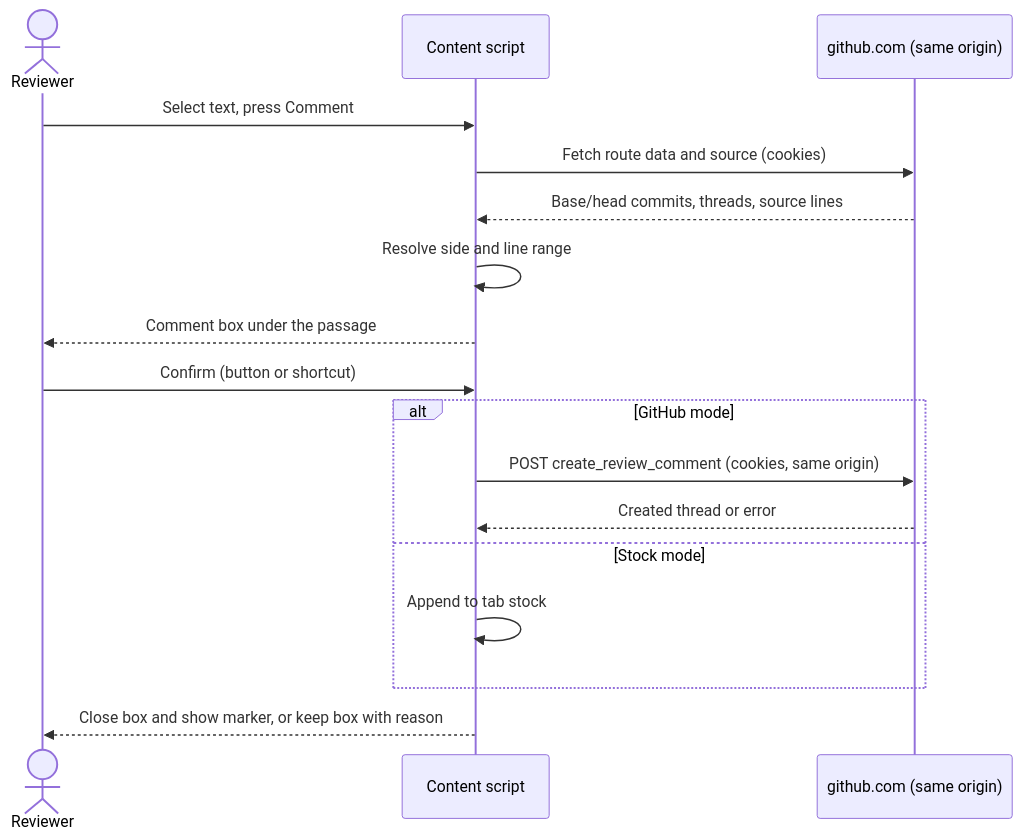
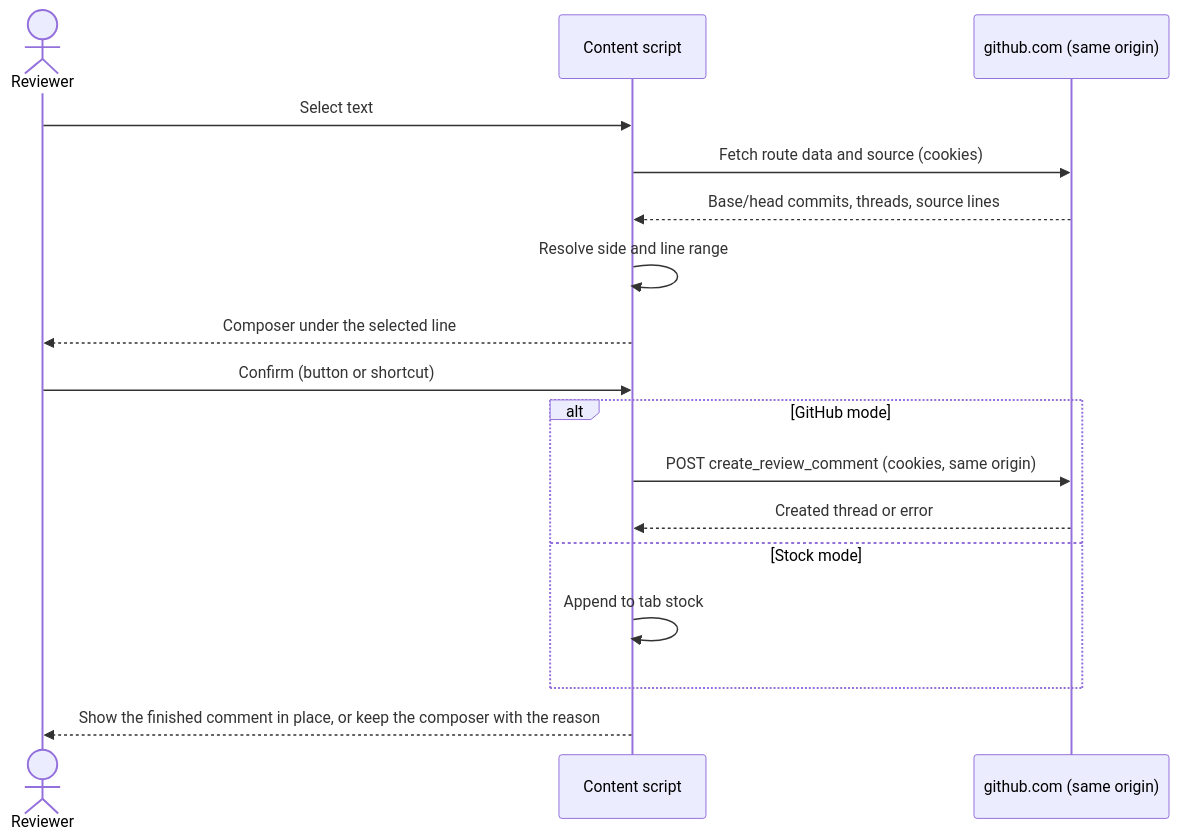
Before and after one commit to azu/margink: the first of 2 diagrams in docs/products/margink/features/rendered-markdown-comments/design.md, drawn with Mermaid. The commit also changed other lines of this file and 6 other files, not shown here.

````diff
--- a/docs/products/margink/features/rendered-markdown-comments/design.md
+++ b/docs/products/margink/features/rendered-markdown-comments/design.md
@@ -119,19 +141,19 @@
 ```mermaid
 sequenceDiagram
   actor R as Reviewer
   participant CS as Content script
   participant GH as github.com (same origin)
-  R->>CS: Select text, press Comment
+  R->>CS: Select text
   CS->>GH: Fetch route data and source (cookies)
   GH-->>CS: Base/head commits, threads, source lines
   CS->>CS: Resolve side and line range
-  CS-->>R: Comment box under the passage
+  CS-->>R: Composer under the selected line
   R->>CS: Confirm (button or shortcut)
   alt GitHub mode
     CS->>GH: POST create_review_comment (cookies, same origin)
     GH-->>CS: Created thread or error
   else Stock mode
     CS->>CS: Append to tab stock
   end
-  CS-->>R: Close box and show marker, or keep box with reason
+  CS-->>R: Show the finished comment in place, or keep the composer with the reason
 ```
````
